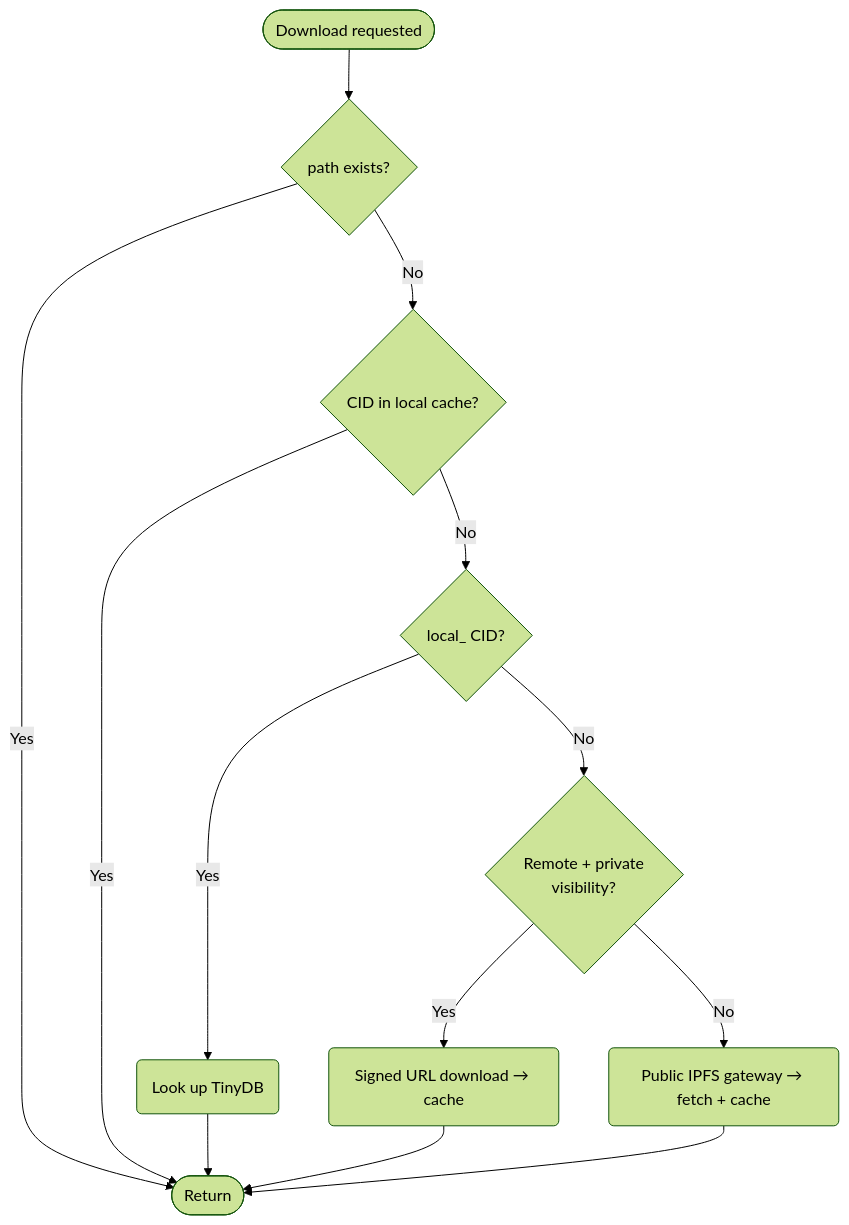
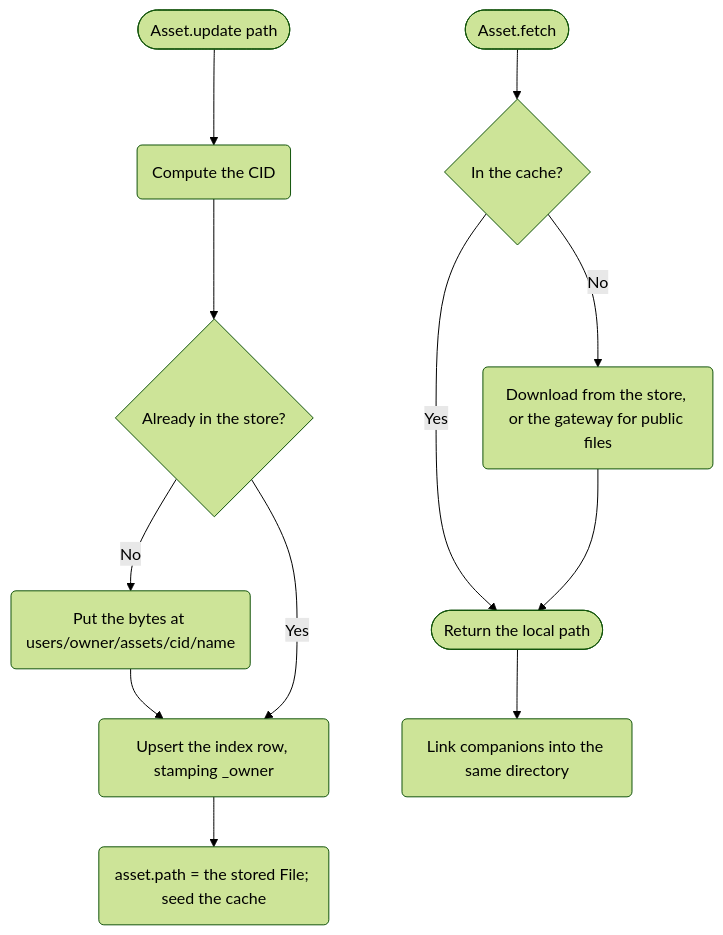
The diagram in docs/architecture/configuration.md (StargazerBio/stargazer), drawn with Mermaid (forest theme) before and after one commit. The commit also changed other lines of this file and 10 other files, not shown here.

````diff
--- a/docs/architecture/configuration.md
+++ b/docs/architecture/configuration.md
@@ -52,12 +40,13 @@
 ```mermaid
 flowchart TD
-    Start([Download requested]) --> A{path exists?}
-    A -->|Yes| Done([Return])
-    A -->|No| B{CID in local cache?}
-    B -->|Yes| Done
-    B -->|No| C{local_ CID?}
-    C -->|Yes| D("Look up TinyDB") --> Done
-    C -->|No| E{Remote + private\nvisibility?}
-    E -->|Yes| F("Signed URL download → cache") --> Done
-    E -->|No| G("Public IPFS gateway → fetch + cache") --> Done
+    U([Asset.update path]) --> C("Compute the CID")
+    C --> S{Already in the store?}
+    S -->|No| P("Put the bytes at users/owner/assets/cid/name") --> R
+    S -->|Yes| R("Upsert the index row, stamping _owner")
+    R --> F("asset.path = the stored File; seed the cache")
+
+    G([Asset.fetch]) --> H{In the cache?}
+    H -->|Yes| L([Return the local path])
+    H -->|No| D("Download from the store, or the gateway for public files") --> L
+    L --> M("Link companions into the same directory")
 ```
````
